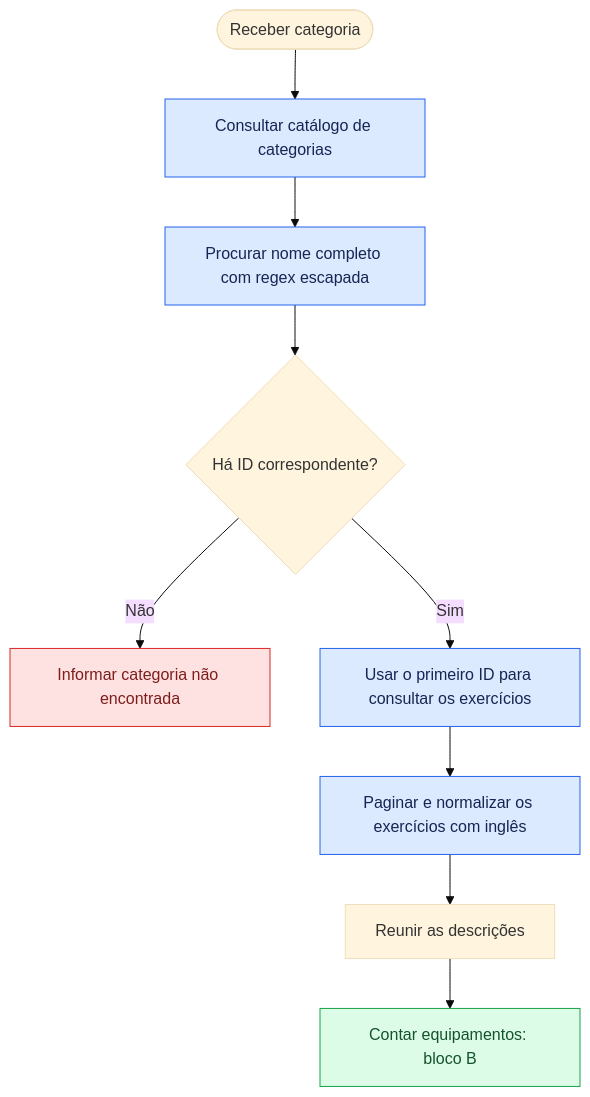
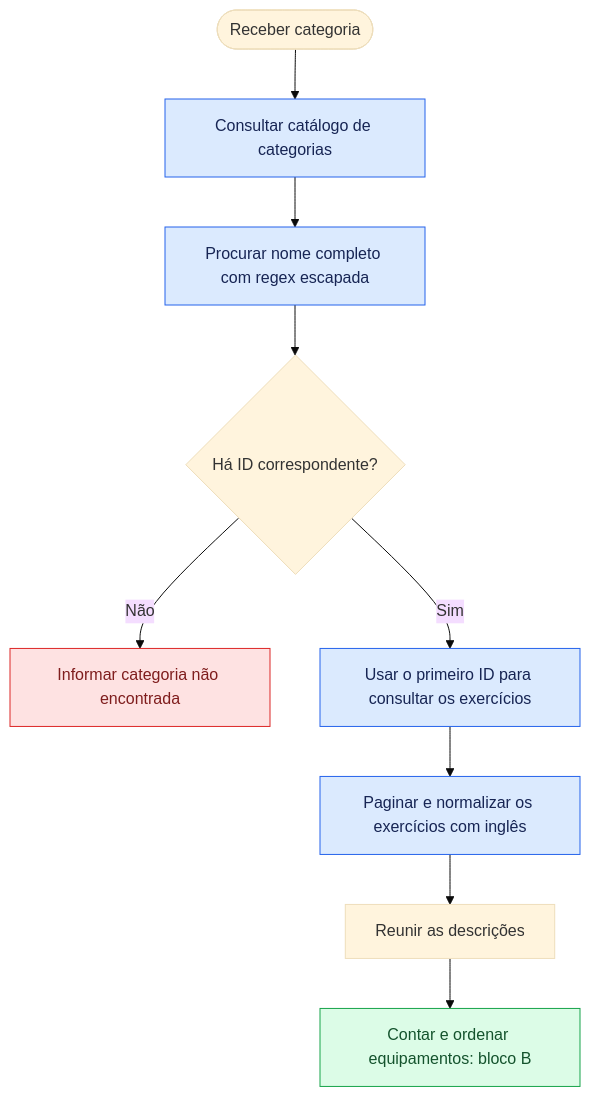
The first of 2 diagrams in docs/fitcli/exercises/d_equipment.md (nathansperinde/ALPCD_12), drawn with Mermaid (base theme) before and after one commit. The commit also changed other lines of this file, not shown here.

````diff
--- a/docs/fitcli/exercises/d_equipment.md
+++ b/docs/fitcli/exercises/d_equipment.md
@@ -29,17 +29,17 @@
 ```mermaid
 flowchart TD
-start(["Receber categoria"]) --> catalog["Consultar catálogo de categorias"]
+    start(["Receber categoria"]) --> catalog["Consultar catálogo de categorias"]
     catalog --> match["Procurar nome completo com regex escapada"]
     match --> found{"Há ID correspondente?"}
     found -->|Não| invalid["Informar categoria não encontrada"]
     found -->|Sim| query["Usar o primeiro ID para consultar os exercícios"]
     query --> normalize["Paginar e normalizar os exercícios com inglês"]
     normalize --> descriptions["Reunir as descrições"]
-    descriptions --> count["Contar equipamentos: bloco B"]
+    descriptions --> count["Contar e ordenar equipamentos: bloco B"]
     classDef action fill:#dbeafe,stroke:#2563eb,color:#172554
     classDef ok fill:#dcfce7,stroke:#16a34a,color:#14532d
     classDef stop fill:#fee2e2,stroke:#dc2626,color:#7f1d1d
     class catalog,match,query,normalize action
     class count ok
     class invalid stop
 ```
````
